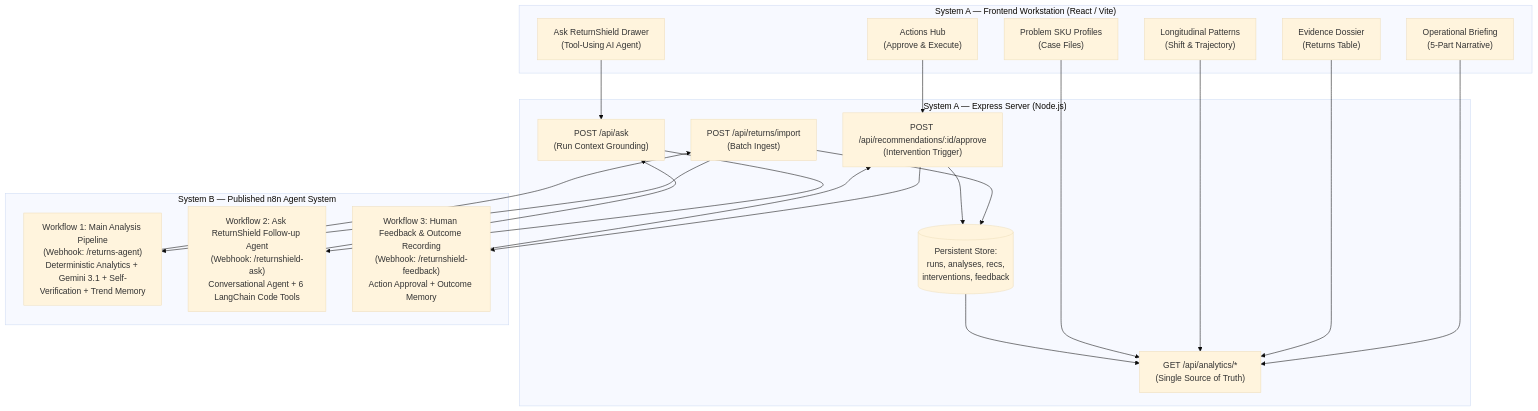
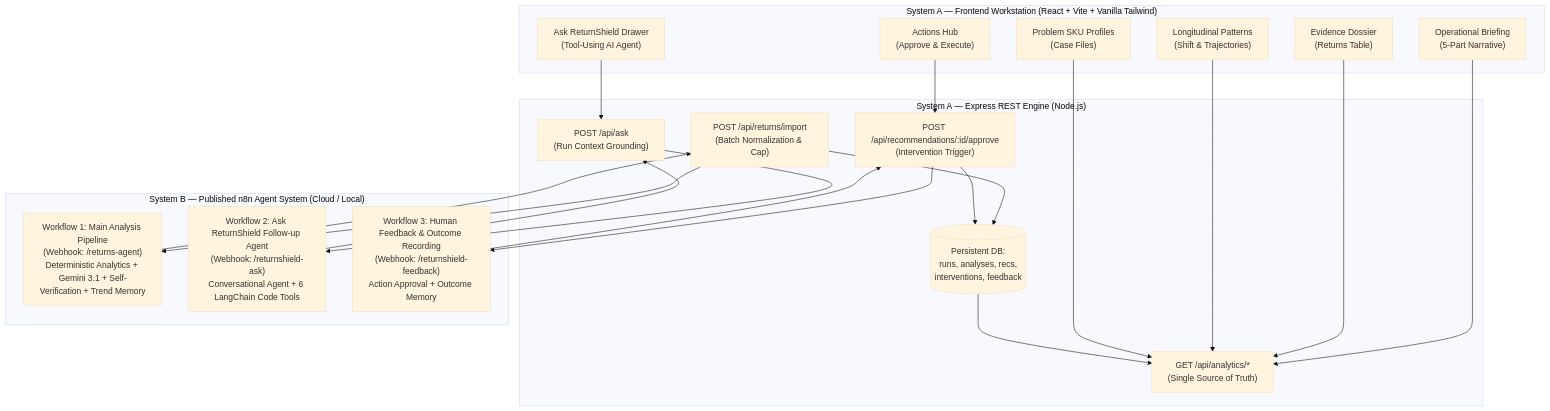
One commit to gintama1018/AGENTIC-AI-HACKATHON changed the diagram in README.md. Above: the diagram before and after it, drawn with Mermaid (base theme). The commit also changed other lines of this file, not shown here.

Commit message:
docs: rewrite README.md with comprehensive technical depth, evaluation rubric mapping, and honest architecture disclosure

````diff
--- a/README.md
+++ b/README.md
@@ -30,44 +101,44 @@
 ```mermaid
 flowchart TD
-    subgraph Client["System A — Frontend Workstation (React / Vite)"]
+    subgraph Client["System A — Frontend Workstation (React + Vite + Vanilla Tailwind)"]
         UI_Overview["Operational Briefing\n(5-Part Narrative)"]
         UI_Returns["Evidence Dossier\n(Returns Table)"]
-        UI_Patterns["Longitudinal Patterns\n(Shift & Trajectory)"]
+        UI_Patterns["Longitudinal Patterns\n(Shift & Trajectories)"]
         UI_Products["Problem SKU Profiles\n(Case Files)"]
         UI_Actions["Actions Hub\n(Approve & Execute)"]
         UI_Ask["Ask ReturnShield Drawer\n(Tool-Using AI Agent)"]
     end
 
-    subgraph Backend["System A — Express Server (Node.js)"]
-        API_Import["POST /api/returns/import\n(Batch Ingest)"]
+    subgraph Backend["System A — Express REST Engine (Node.js)"]
+        API_Import["POST /api/returns/import\n(Batch Normalization & Cap)"]
         API_Analytics["GET /api/analytics/*\n(Single Source of Truth)"]
         API_Ask["POST /api/ask\n(Run Context Grounding)"]
         API_Approve["POST /api/recommendations/:id/approve\n(Intervention Trigger)"]
-        DB[(Persistent Store:\nruns, analyses, recs,\ninterventions, feedback)]
+        DB[(Persistent DB:\nruns, analyses, recs,\ninterventions, feedback)]
     end
 
-    subgraph n8n["System B — Published n8n Agent System"]
+    subgraph n8n["System B — Published n8n Agent System (Cloud / Local)"]
         W1["Workflow 1: Main Analysis Pipeline\n(Webhook: /returns-agent)\nDeterministic Analytics + Gemini 3.1 + Self-Verification + Trend Memory"]
         W2["Workflow 2: Ask ReturnShield Follow-up Agent\n(Webhook: /returnshield-ask)\nConversational Agent + 6 LangChain Code Tools"]
         W3["Workflow 3: Human Feedback & Outcome Recording\n(Webhook: /returnshield-feedback)\nAction Approval + Outcome Memory"]
     end
 
     UI_Overview --> API_Analytics
     UI_Returns --> API_Analytics
     UI_Patterns --> API_Analytics
     UI_Products --> API_Analytics
     UI_Actions --> API_Approve
     UI_Ask --> API_Ask
 
     API_Import --> W1
     W1 --> API_Import
     API_Import --> DB
     DB --> API_Analytics
 
     API_Ask --> W2
     W2 --> API_Ask
 
     API_Approve --> W3
     W3 --> API_Approve
     API_Approve --> DB
 ```
````
